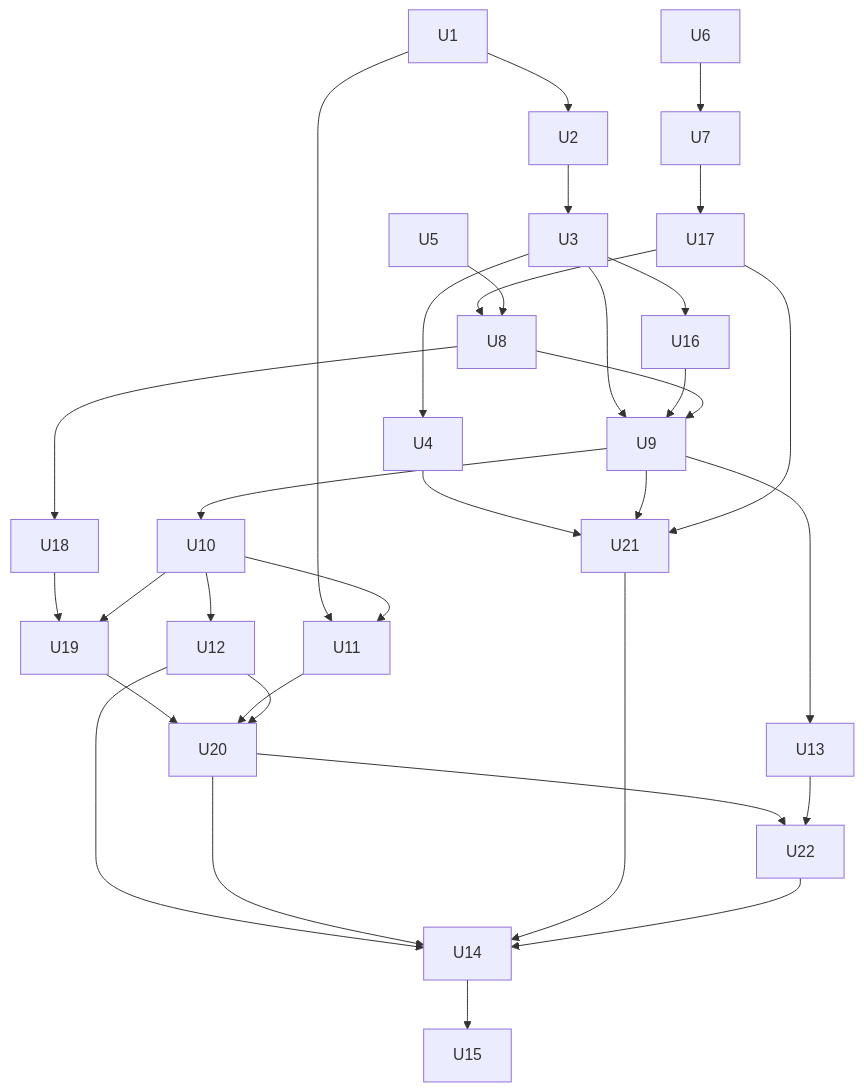
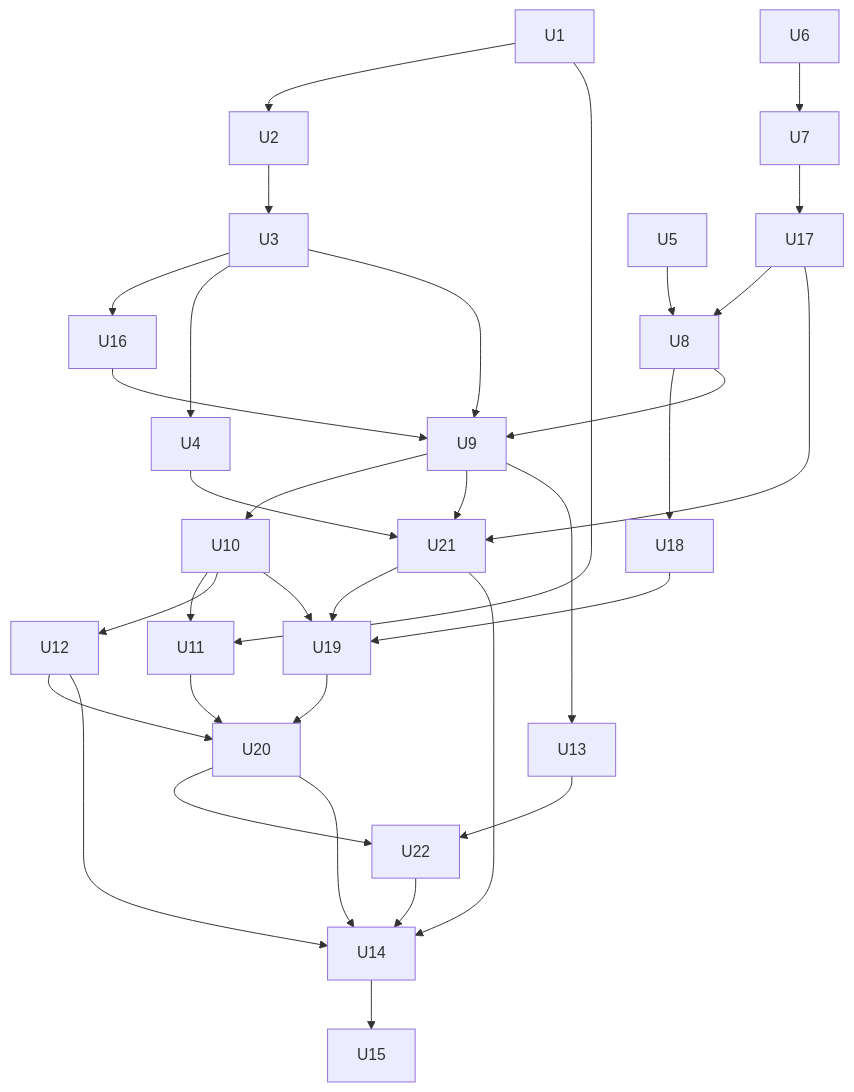
Before and after one commit to icosahedron/csharp-ansatz: the second of 2 diagrams in docs/plans/2026-11-08-1445-feat-m6-contracts-effects-plan.md, drawn with Mermaid. The commit also changed other lines of this file, not shown here.

````diff
--- a/docs/plans/2026-11-08-1445-feat-m6-contracts-effects-plan.md
+++ b/docs/plans/2026-11-08-1445-feat-m6-contracts-effects-plan.md
@@ -334,17 +339,17 @@
 ```mermaid
 flowchart TB
   U1 --> U2 --> U3
   U3 --> U16
   U3 --> U4
   U6 --> U7 --> U17 --> U8 --> U18
   U5 --> U8
   U3 & U16 & U8 --> U9 --> U10
   U1 & U10 --> U11
   U10 --> U12
-  U18 & U10 --> U19
+  U18 & U10 & U21 --> U19
   U19 & U11 & U12 --> U20
   U4 & U9 & U17 --> U21
   U9 --> U13
   U20 & U13 --> U22
   U12 & U20 & U21 & U22 --> U14 --> U15
 ```
````
